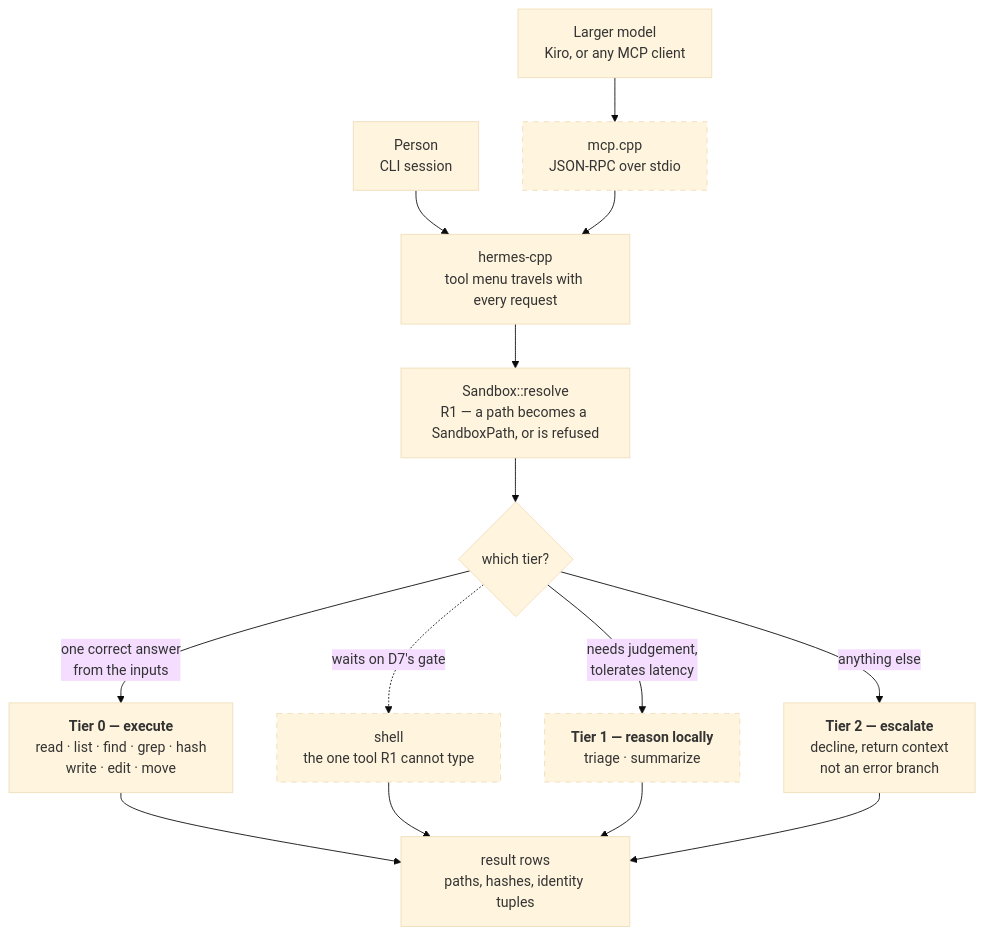
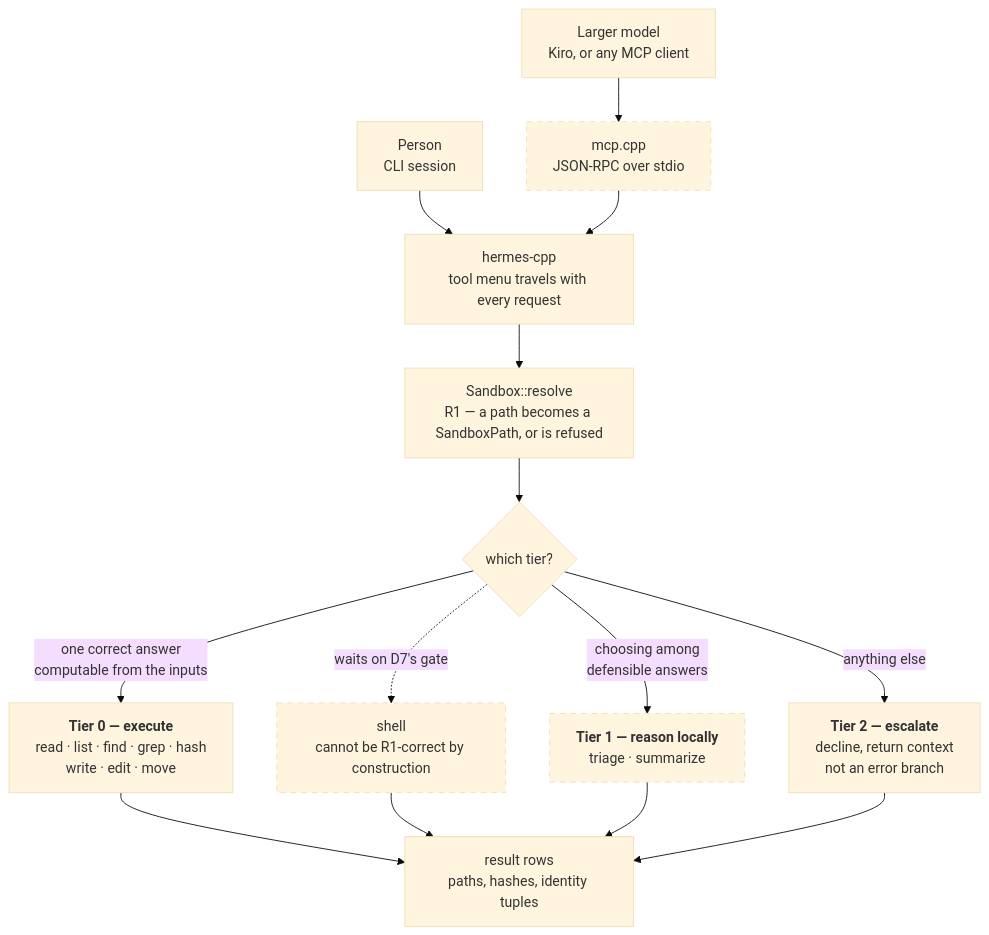
One commit to Jeagermeister/Hermes-Cpp changed the first of 3 diagrams in FLOW.md. Above: the diagram before and after it, drawn with Mermaid (base theme). The commit also changed other lines of this file, not shown here.

First line of the commit message:
FLOW: correct the mutating-call diagram -- move is not write

````diff
--- a/FLOW.md
+++ b/FLOW.md
@@ -25,31 +25,31 @@
 ```mermaid
 flowchart TB
     P["Person<br/>CLI session"]
     K["Larger model<br/>Kiro, or any MCP client"]
     MCP["mcp.cpp<br/>JSON-RPC over stdio"]
     APP["hermes-cpp<br/>tool menu travels with every request"]
     RES["Sandbox::resolve<br/>R1 — a path becomes a SandboxPath, or is refused"]
     T{"which tier?"}
     T0["<b>Tier 0 — execute</b><br/>read · list · find · grep · hash<br/>write · edit · move"]
-    SH["shell<br/>the one tool R1 cannot type"]
+    SH["shell<br/>cannot be R1-correct by construction"]
     T1["<b>Tier 1 — reason locally</b><br/>triage · summarize"]
     T2["<b>Tier 2 — escalate</b><br/>decline, return context<br/>not an error branch"]
     OUT["result rows<br/>paths, hashes, identity tuples"]
 
     P --> APP
     K --> MCP
     MCP --> APP
     APP --> RES
     RES --> T
-    T -->|"one correct answer<br/>from the inputs"| T0
-    T -->|"needs judgement,<br/>tolerates latency"| T1
+    T -->|"one correct answer<br/>computable from the inputs"| T0
+    T -->|"choosing among<br/>defensible answers"| T1
     T -->|"anything else"| T2
     T0 --> OUT
     SH --> OUT
     T1 --> OUT
     T2 --> OUT
     T -.->|"waits on D7's gate"| SH
 
     classDef pending stroke-dasharray:6
     class MCP,SH,T1 pending
 ```
````
